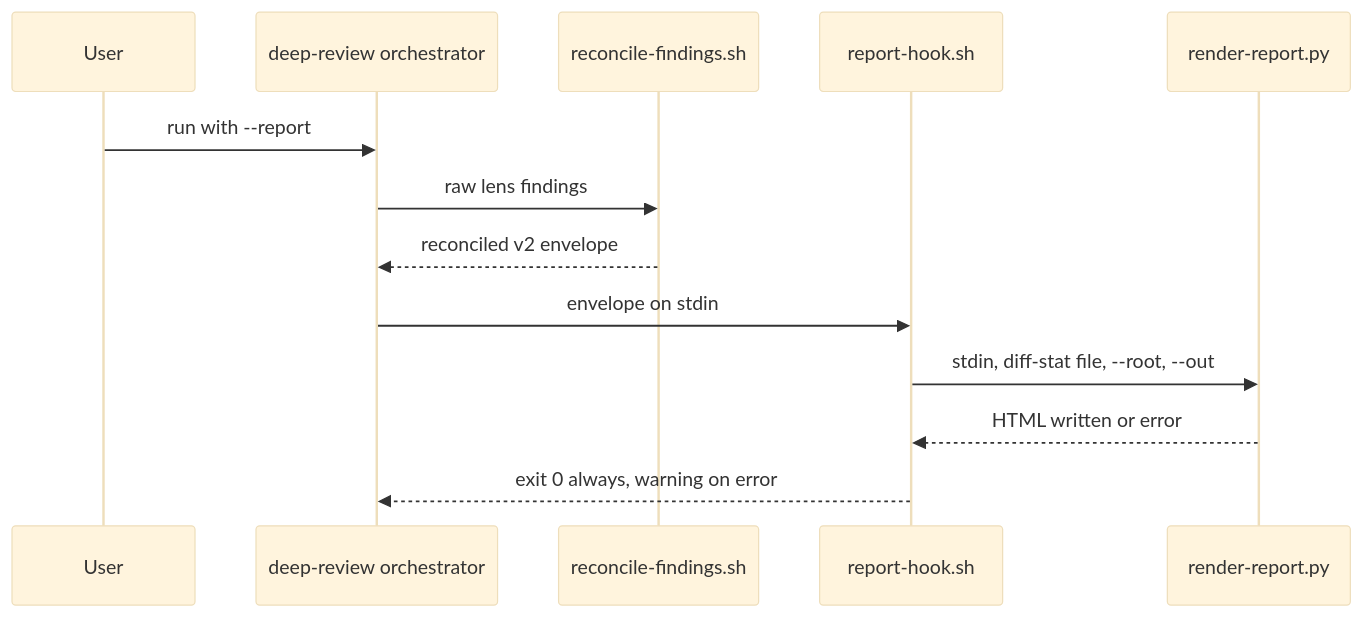
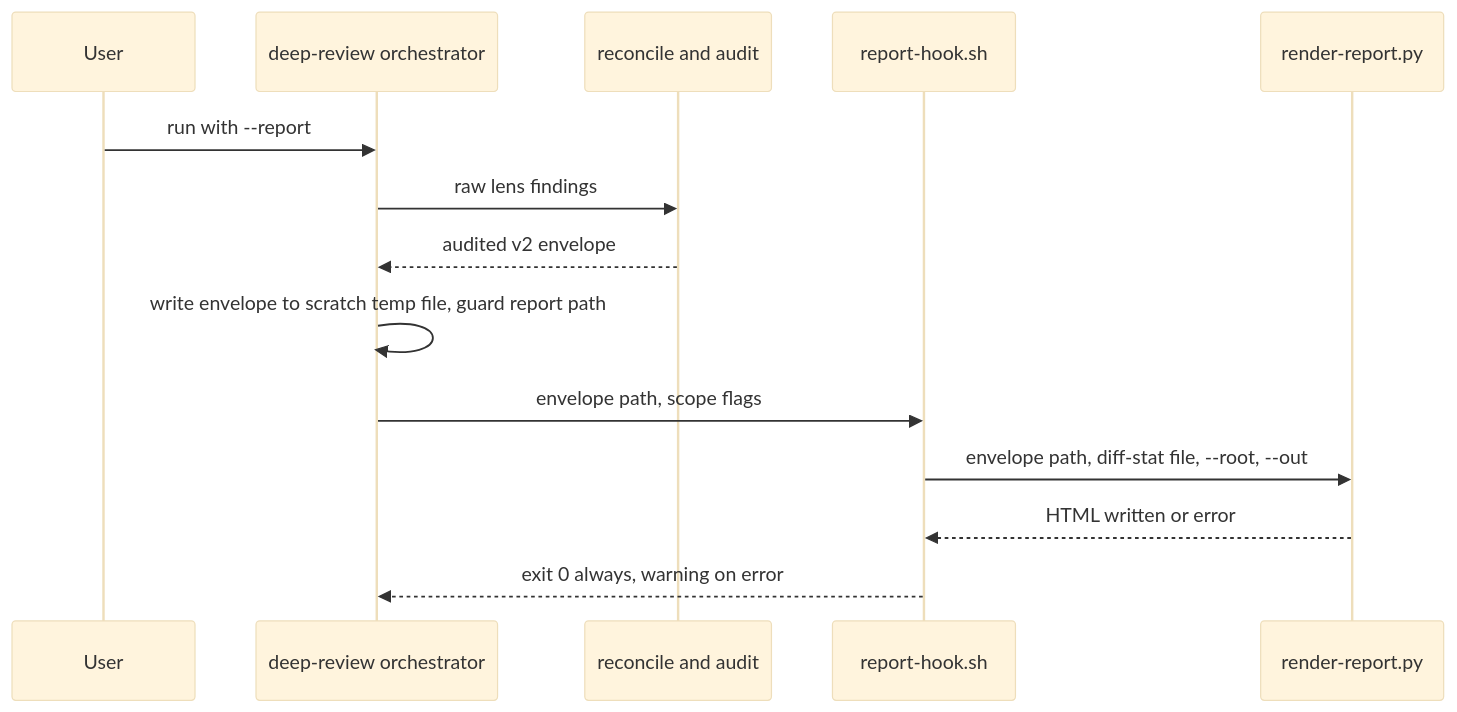
The third of 3 diagrams in docs/dev_plans/20261008-feature-review-output-formats.md (vr000m/skein), drawn with Mermaid (base theme) before and after one commit. The commit also changed other lines of this file, not shown here.

Commit message:
docs: fold review round 3 findings into review-output-formats plan

````diff
--- a/docs/dev_plans/20261008-feature-review-output-formats.md
+++ b/docs/dev_plans/20261008-feature-review-output-formats.md
@@ -184,15 +197,16 @@
 ```mermaid
 sequenceDiagram
     participant U as User
     participant D as deep-review orchestrator
-    participant RC as reconcile-findings.sh
+    participant RC as reconcile and audit
     participant H as report-hook.sh
     participant R as render-report.py
     U->>D: run with --report
     D->>RC: raw lens findings
-    RC-->>D: reconciled v2 envelope
-    D->>H: envelope on stdin
-    H->>R: stdin, diff-stat file, --root, --out
+    RC-->>D: audited v2 envelope
+    D->>D: write envelope to scratch temp file, guard report path
+    D->>H: envelope path, scope flags
+    H->>R: envelope path, diff-stat file, --root, --out
     R-->>H: HTML written or error
     H-->>D: exit 0 always, warning on error
 ```
````
